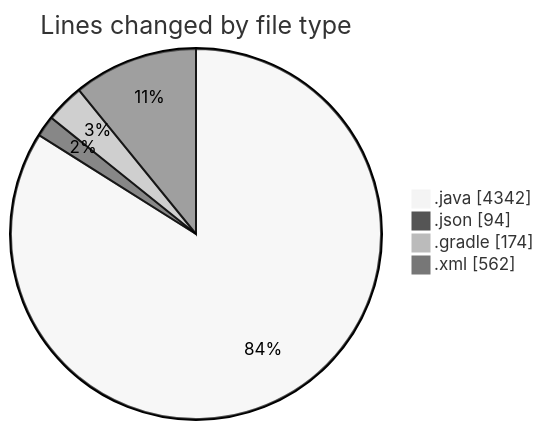
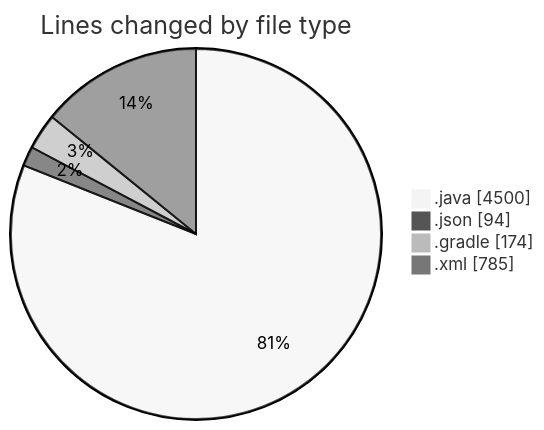
The first of 2 diagrams in 2025-02-22/micros/README.md (charlie-sans/code-tracking), drawn with Mermaid (neutral theme) before and after one commit. The commit also changed other lines of this file and 1 other file, not shown here.

````diff
--- a/2025-02-22/micros/README.md
+++ b/2025-02-22/micros/README.md
@@ -56,8 +58,8 @@
 ```mermaid
 pie showData
 title Lines changed by file type
-".java" : 4342
+".java" : 4500
 ".json" : 94
 ".gradle" : 174
-".xml" : 562
+".xml" : 785
 ```
````
